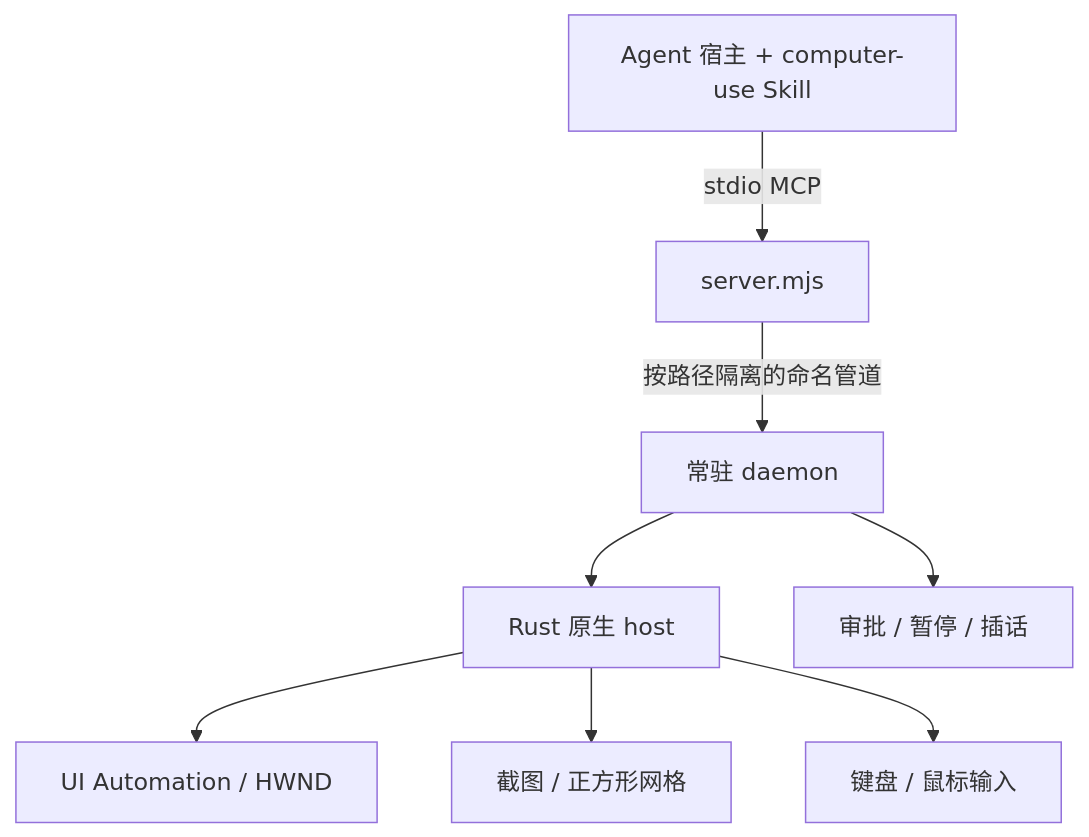
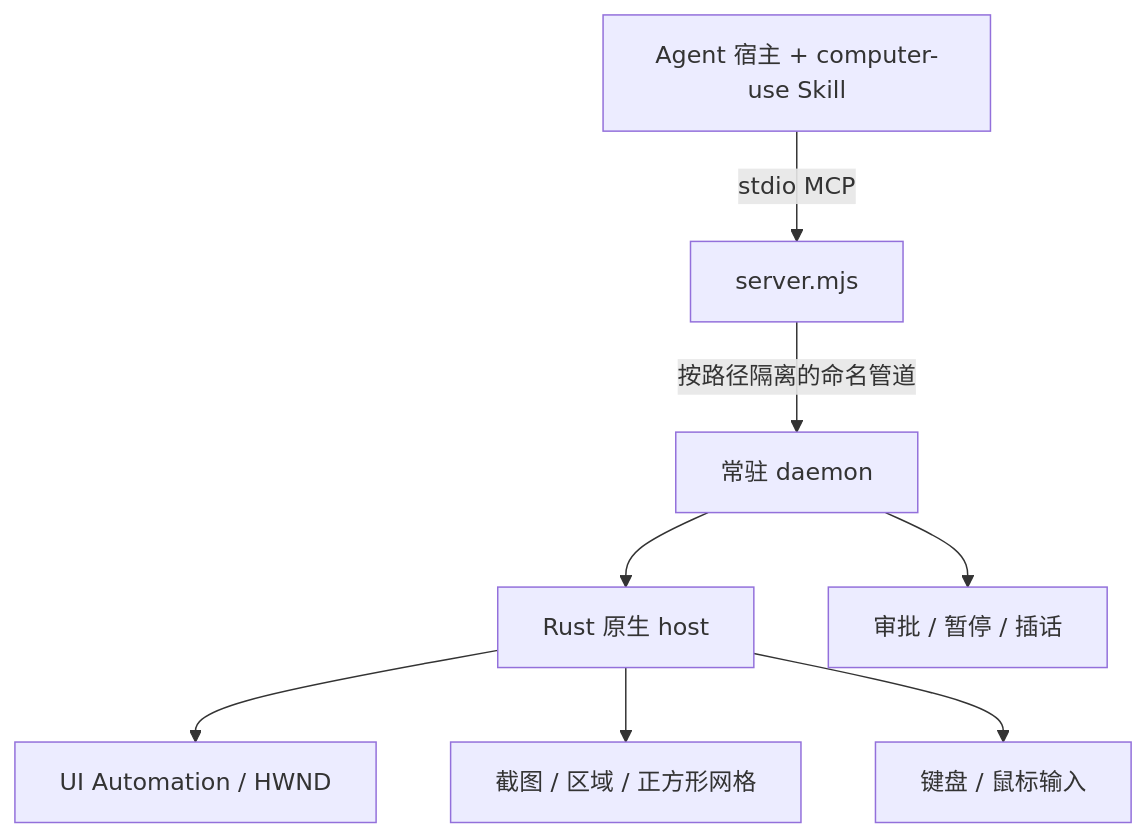
Before and after one commit to Guojiz/FastCUA: the diagram in README_zh.md, drawn with Mermaid. The commit also changed other lines of this file, not shown here.

````diff
--- a/README_zh.md
+++ b/README_zh.md
@@ -141,10 +290,10 @@
 ```mermaid
 flowchart TB
   A["Agent 宿主 + computer-use Skill"] -->|"stdio MCP"| B["server.mjs"]
   B -->|"按路径隔离的命名管道"| C["常驻 daemon"]
   C --> D["Rust 原生 host"]
   D --> E["UI Automation / HWND"]
-  D --> F["截图 / 正方形网格"]
+  D --> F["截图 / 区域 / 正方形网格"]
   D --> G["键盘 / 鼠标输入"]
   C --> H["审批 / 暂停 / 插话"]
 ```
````
